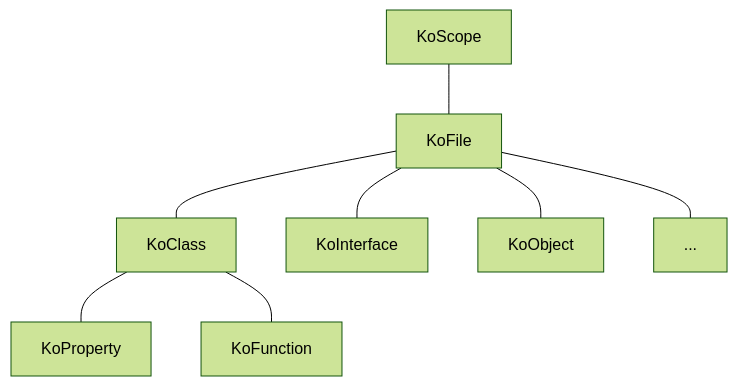
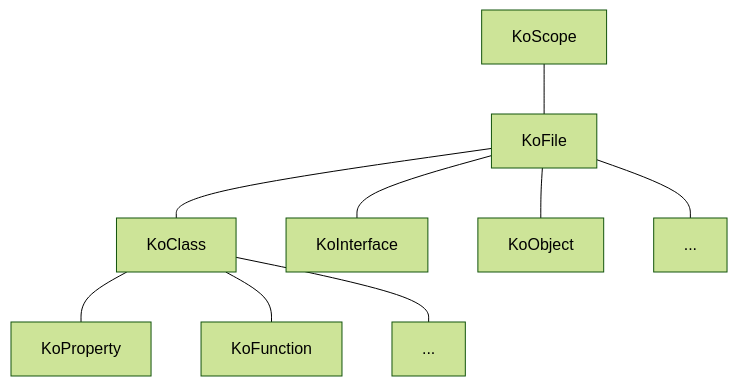
Before and after one commit to LemonAppDev/konsist-documentation: the second of 2 diagrams in writing-tests/koscope.md, drawn with Mermaid. The commit also changed 2 other files, not shown here.

Commit message:
GITBOOK-130: change request with no subject merged in GitBook

````diff
--- a/writing-tests/koscope.md
+++ b/writing-tests/koscope.md
@@ -23,12 +23,13 @@
 ```mermaid
 %%{init: {'theme':'forest'}}%%
 flowchart TD
     KoScope
     KoScope---KoFile
     KoFile---KoClass
     KoFile---KoInterface
     KoFile---KoObject
     KoFile---Other["..."]
     KoClass---KoProperty
     KoClass---KoFunction
+    KoClass---Other2["..."]
 ```
````
